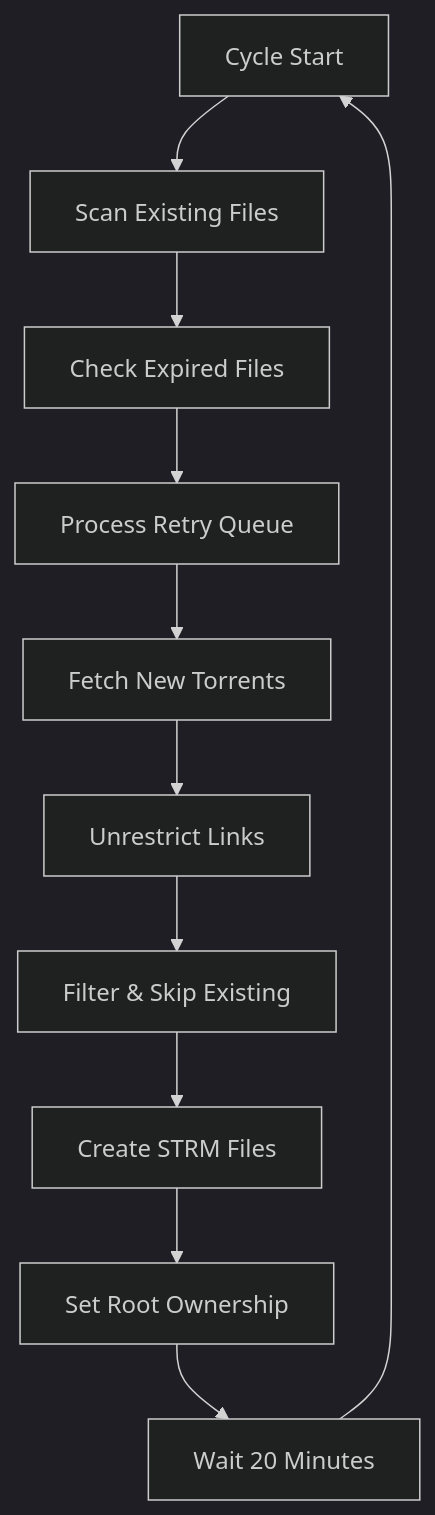
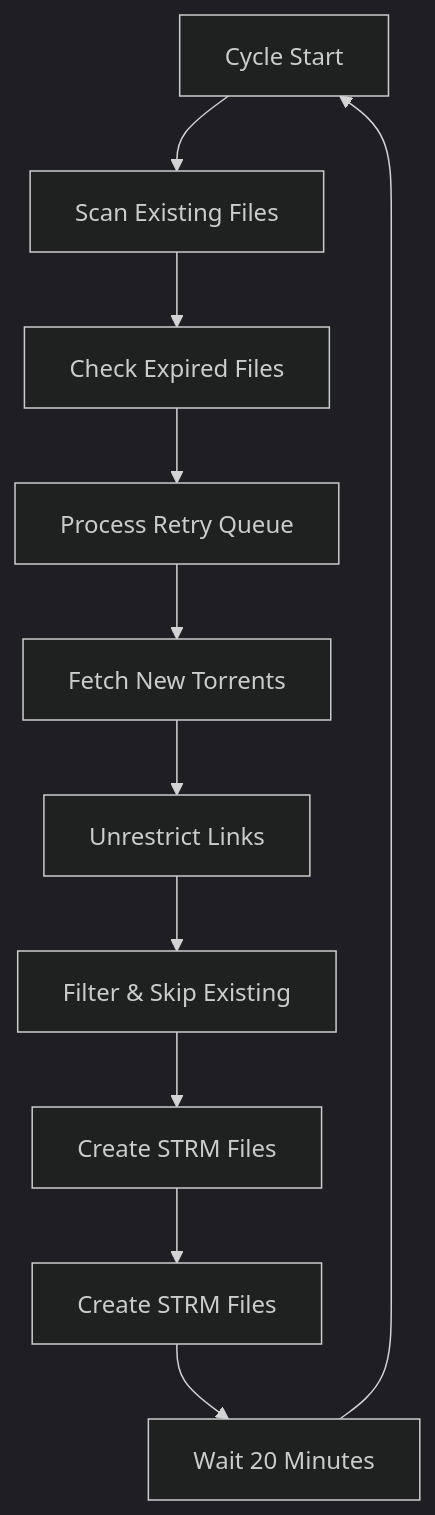
The diagram in README.md (Optimism-Bliss/Real-debrid-Strm), drawn with Mermaid (dark theme) before and after one commit. The commit also changed other lines of this file and 6 other files, not shown here.

First line of the commit message:
refactor: Remove root ownership requirements and fix PyYAML path

````diff
--- a/README.md
+++ b/README.md
@@ -169,13 +169,13 @@
 ```mermaid
 graph TD
     A[Cycle Start] --> B[Scan Existing Files]
     B --> C[Check Expired Files]
     C --> D[Process Retry Queue]
     D --> E[Fetch New Torrents]
     E --> F[Unrestrict Links]
     F --> G[Filter & Skip Existing]
     G --> H[Create STRM Files]
-    H --> I[Set Root Ownership]
+    H --> I[Create STRM Files]
     I --> J[Wait 20 Minutes]
     J --> A
 ```
````
